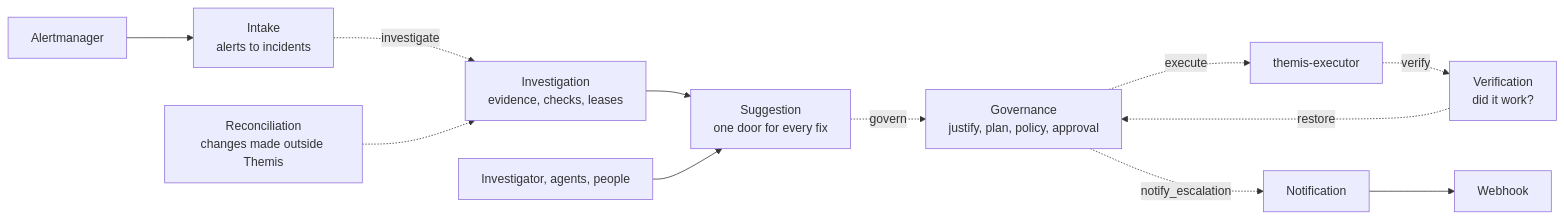
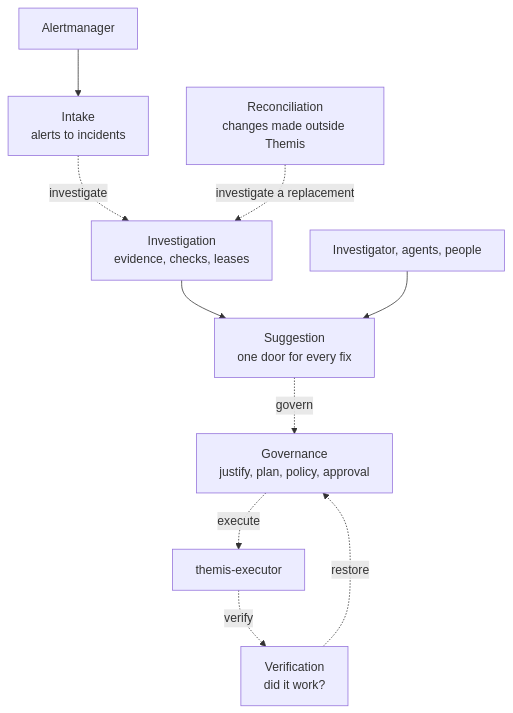
Before and after one commit to hzerrad/themis: the third of 6 diagrams in docs/architecture.md, drawn with Mermaid. The commit also changed other lines of this file, not shown here.

Commit message:
Draw the architecture diagrams top to bottom so their text stays readable

````diff
--- a/docs/architecture.md
+++ b/docs/architecture.md
@@ -80,13 +84,13 @@
 ```mermaid
-flowchart LR
+flowchart TD
   AM["Alertmanager"] --> INTAKE["Intake<br/>alerts to incidents"]
+  REC["Reconciliation<br/>changes made outside Themis"]
   INTAKE -. investigate .-> INVEST["Investigation<br/>evidence, checks, leases"]
+  REC -. "investigate a replacement" .-> INVEST
   INVEST --> SUG["Suggestion<br/>one door for every fix"]
   OUT["Investigator, agents, people"] --> SUG
   SUG -. govern .-> GOV["Governance<br/>justify, plan, policy, approval"]
   GOV -. execute .-> EXEC["themis-executor"]
   EXEC -. verify .-> VER["Verification<br/>did it work?"]
   VER -. restore .-> GOV
-  REC["Reconciliation<br/>changes made outside Themis"] -.-> INVEST
-  GOV -. notify_escalation .-> NOTE["Notification"] --> HOOK["Webhook"]
 ```
````
